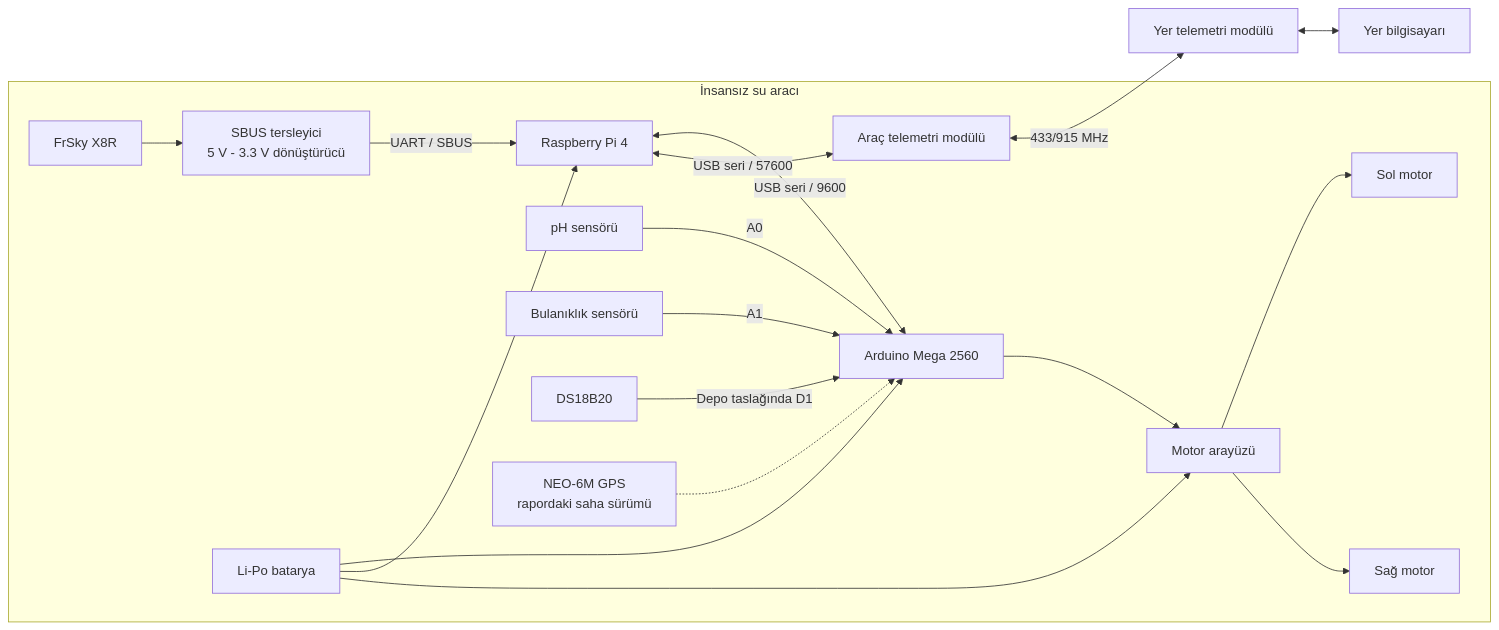
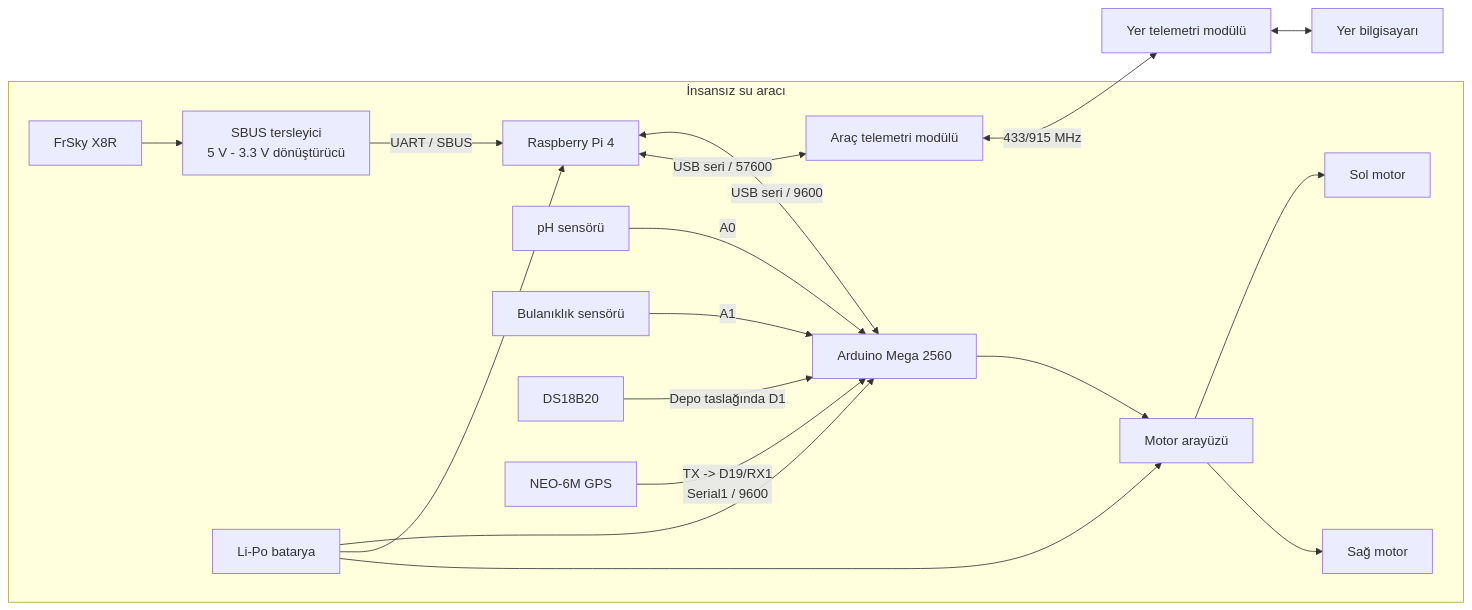
One commit to emircanylmz/water-quality-usv changed the first of 8 diagrams in docs/ARCHITECTURE_TR.md. Above: the diagram before and after it, drawn with Mermaid. The commit also changed other lines of this file and 13 other files, not shown here.

Commit message:
Add NEO-6M GPS telemetry to Arduino firmware

````diff
--- a/docs/ARCHITECTURE_TR.md
+++ b/docs/ARCHITECTURE_TR.md
@@ -26,24 +26,24 @@
 ```mermaid
 flowchart LR
     subgraph Vehicle["İnsansız su aracı"]
         X8R["FrSky X8R"] --> LEVEL["SBUS tersleyici<br/>5 V - 3.3 V dönüştürücü"]
         LEVEL -->|"UART / SBUS"| RPI["Raspberry Pi 4"]
 
         PH["pH sensörü"] -->|"A0"| ARD["Arduino Mega 2560"]
         TURB["Bulanıklık sensörü"] -->|"A1"| ARD
         TEMP["DS18B20"] -->|"Depo taslağında D1"| ARD
-        GPS["NEO-6M GPS<br/>rapordaki saha sürümü"] -.-> ARD
+        GPS["NEO-6M GPS"] -->|"TX -> D19/RX1<br/>Serial1 / 9600"| ARD
 
         RPI <-->|"USB seri / 9600"| ARD
         ARD --> MOTORIF["Motor arayüzü"]
         MOTORIF --> LEFT["Sol motor"]
         MOTORIF --> RIGHT["Sağ motor"]
         RPI <-->|"USB seri / 57600"| RADIO1["Araç telemetri modülü"]
         BAT["Li-Po batarya"] --> ARD
         BAT --> RPI
         BAT --> MOTORIF
     end
 
     RADIO1 <-->|"433/915 MHz"| RADIO2["Yer telemetri modülü"]
     RADIO2 <--> PC["Yer bilgisayarı"]
 ```
````
